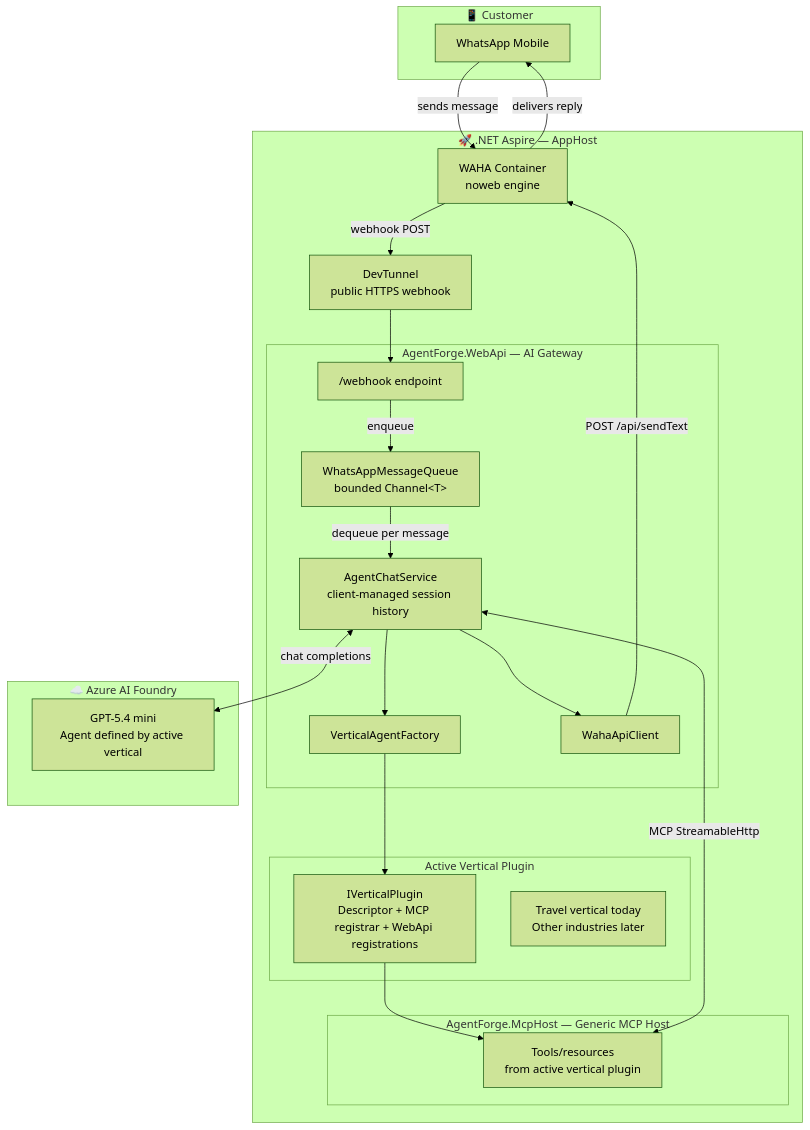
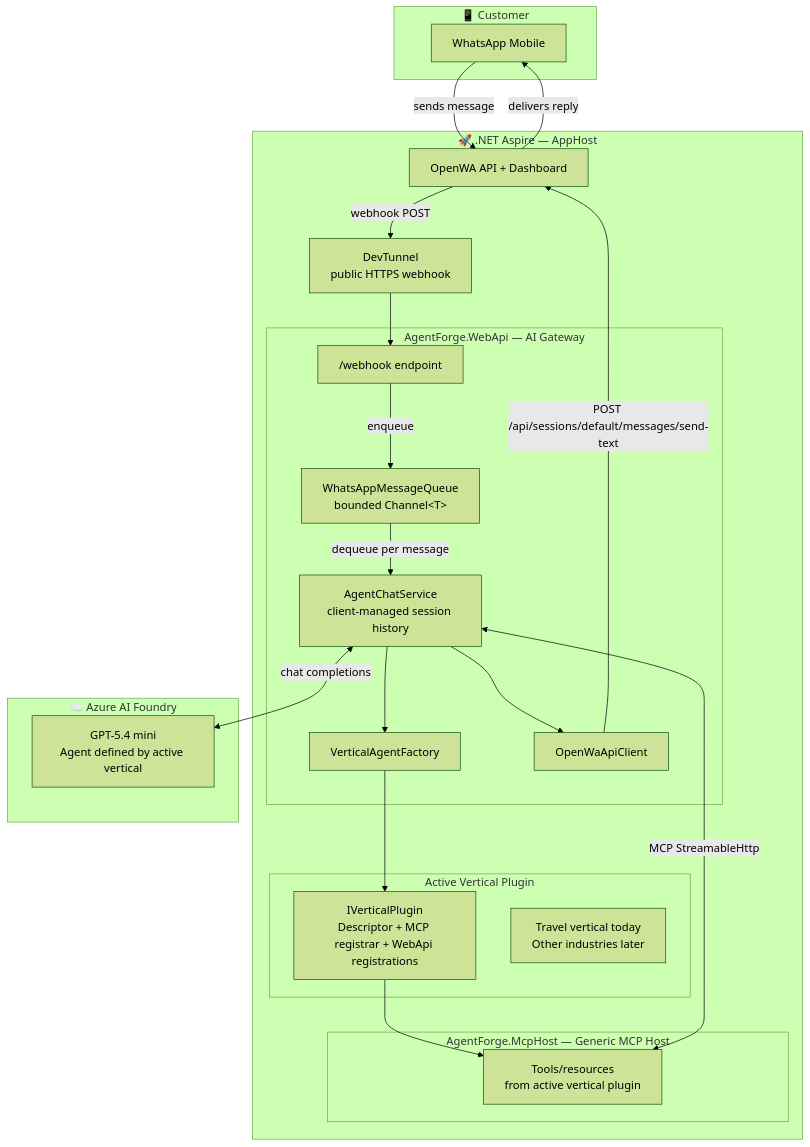
Before and after one commit to goldytech/whatsapp-ai-travel-agent: the diagram in README.md, drawn with Mermaid (forest theme). The commit also changed other lines of this file and 37 other files, not shown here.

````diff
--- a/README.md
+++ b/README.md
@@ -29,46 +29,46 @@
 ```mermaid
 flowchart TD
     subgraph Customer["📱 Customer"]
         WA[WhatsApp Mobile]
     end
 
     subgraph Aspire["🚀 .NET Aspire — AppHost"]
-        WAHA["WAHA Container\nnoweb engine"]
+        OWA["OpenWA API + Dashboard"]
         DT["DevTunnel\npublic HTTPS webhook"]
 
         subgraph WebApi["AgentForge.WebApi  —  AI Gateway"]
             WH["/webhook endpoint"]
             Q["WhatsAppMessageQueue\nbounded Channel&lt;T&gt;"]
             ACS["AgentChatService\nclient-managed session history"]
             VAF["VerticalAgentFactory"]
-            WC["WahaApiClient"]
+            OWC["OpenWaApiClient"]
         end
 
         subgraph MCP["AgentForge.McpHost  —  Generic MCP Host"]
             MT["Tools/resources\nfrom active vertical plugin"]
         end
 
         subgraph Plugin["Active Vertical Plugin"]
             VP["IVerticalPlugin\nDescriptor + MCP registrar + WebApi registrations"]
             TV["Travel vertical today\nOther industries later"]
         end
     end
 
     subgraph Azure["☁️ Azure AI Foundry"]
         AI["GPT-5.4 mini\nAgent defined by active vertical"]
     end
 
-    WA -->|"sends message"| WAHA
-    WAHA -->|"webhook POST"| DT
+    WA -->|"sends message"| OWA
+    OWA -->|"webhook POST"| DT
     DT --> WH
     WH -->|"enqueue"| Q
     Q -->|"dequeue per message"| ACS
     ACS --> VAF
     VAF --> VP
     VP --> MT
     ACS <-->|"MCP StreamableHttp"| MT
     ACS <-->|"chat completions"| AI
-    ACS --> WC
-    WC -->|"POST /api/sendText"| WAHA
-    WAHA -->|"delivers reply"| WA
+    ACS --> OWC
+    OWC -->|"POST /api/sessions/default/messages/send-text"| OWA
+    OWA -->|"delivers reply"| WA
 ```
````
